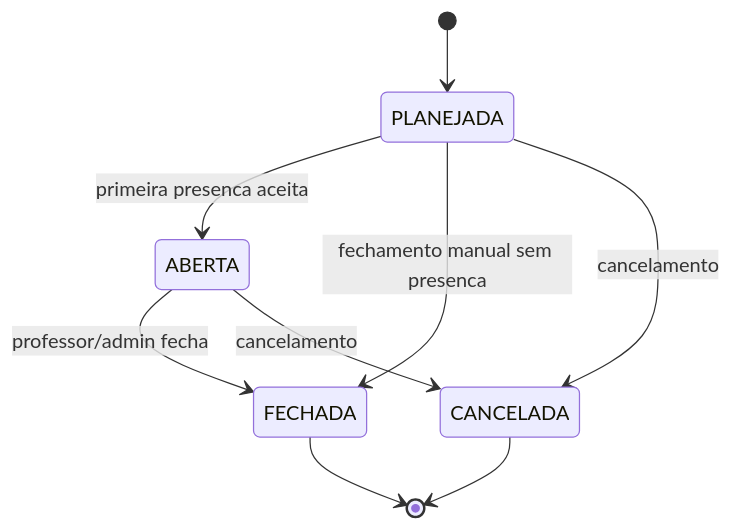
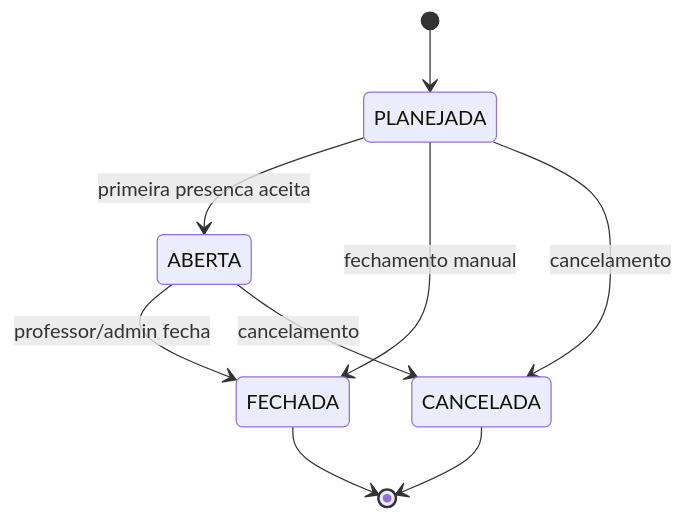
Before and after one commit to DanielKGM/autoponto: the ninth of 11 diagrams in autoponto-backend/docs/diagramas-tcc.md, drawn with Mermaid. The commit also changed other lines of this file and 42 other files, not shown here.

````diff
--- a/autoponto-backend/docs/diagramas-tcc.md
+++ b/autoponto-backend/docs/diagramas-tcc.md
@@ -282,11 +180,11 @@
 ```mermaid
 stateDiagram-v2
     [*] --> PLANEJADA
     PLANEJADA --> ABERTA: primeira presenca aceita
     ABERTA --> FECHADA: professor/admin fecha
-    PLANEJADA --> FECHADA: fechamento manual sem presenca
+    PLANEJADA --> FECHADA: fechamento manual
     PLANEJADA --> CANCELADA: cancelamento
     ABERTA --> CANCELADA: cancelamento
     FECHADA --> [*]
     CANCELADA --> [*]
 ```
````
